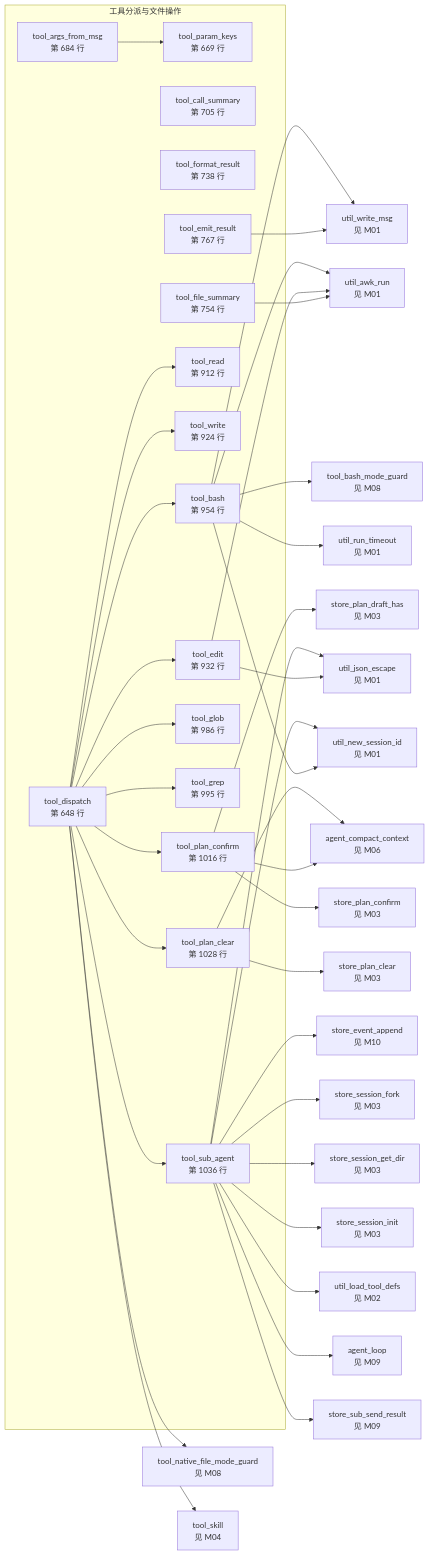
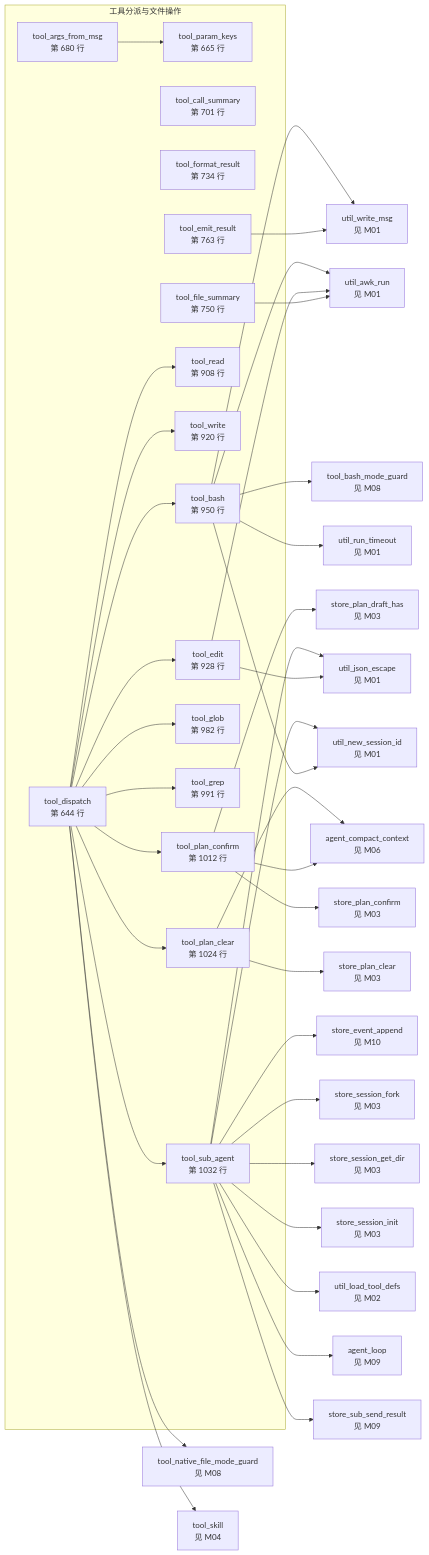
Before and after one commit to lloydzhou/bash-agent: the ninth of 15 diagrams in docs/bash-data-flow.md, drawn with Mermaid. The commit also changed other lines of this file and 3 other files, not shown here.

````diff
--- a/docs/bash-data-flow.md
+++ b/docs/bash-data-flow.md
@@ -338,75 +336,75 @@
 ```mermaid
 flowchart LR
   subgraph mod_7["工具分派与文件操作"]
-    f_tool_dispatch["tool_dispatch<br/>第 648 行"]
-    f_tool_param_keys["tool_param_keys<br/>第 669 行"]
-    f_tool_args_from_msg["tool_args_from_msg<br/>第 684 行"]
-    f_tool_call_summary["tool_call_summary<br/>第 705 行"]
-    f_tool_format_result["tool_format_result<br/>第 738 行"]
-    f_tool_file_summary["tool_file_summary<br/>第 754 行"]
-    f_tool_emit_result["tool_emit_result<br/>第 767 行"]
-    f_tool_read["tool_read<br/>第 912 行"]
-    f_tool_write["tool_write<br/>第 924 行"]
-    f_tool_edit["tool_edit<br/>第 932 行"]
-    f_tool_bash["tool_bash<br/>第 954 行"]
-    f_tool_glob["tool_glob<br/>第 986 行"]
-    f_tool_grep["tool_grep<br/>第 995 行"]
-    f_tool_plan_confirm["tool_plan_confirm<br/>第 1016 行"]
-    f_tool_plan_clear["tool_plan_clear<br/>第 1028 行"]
-    f_tool_sub_agent["tool_sub_agent<br/>第 1036 行"]
+    f_tool_dispatch["tool_dispatch<br/>第 644 行"]
+    f_tool_param_keys["tool_param_keys<br/>第 665 行"]
+    f_tool_args_from_msg["tool_args_from_msg<br/>第 680 行"]
+    f_tool_call_summary["tool_call_summary<br/>第 701 行"]
+    f_tool_format_result["tool_format_result<br/>第 734 行"]
+    f_tool_file_summary["tool_file_summary<br/>第 750 行"]
+    f_tool_emit_result["tool_emit_result<br/>第 763 行"]
+    f_tool_read["tool_read<br/>第 908 行"]
+    f_tool_write["tool_write<br/>第 920 行"]
+    f_tool_edit["tool_edit<br/>第 928 行"]
+    f_tool_bash["tool_bash<br/>第 950 行"]
+    f_tool_glob["tool_glob<br/>第 982 行"]
+    f_tool_grep["tool_grep<br/>第 991 行"]
+    f_tool_plan_confirm["tool_plan_confirm<br/>第 1012 行"]
+    f_tool_plan_clear["tool_plan_clear<br/>第 1024 行"]
+    f_tool_sub_agent["tool_sub_agent<br/>第 1032 行"]
   end
   f_agent_compact_context["agent_compact_context<br/>见 M06"]
   f_agent_loop["agent_loop<br/>见 M09"]
   f_store_event_append["store_event_append<br/>见 M10"]
   f_store_plan_clear["store_plan_clear<br/>见 M03"]
   f_store_plan_confirm["store_plan_confirm<br/>见 M03"]
   f_store_plan_draft_has["store_plan_draft_has<br/>见 M03"]
   f_store_session_fork["store_session_fork<br/>见 M03"]
   f_store_session_get_dir["store_session_get_dir<br/>见 M03"]
   f_store_session_init["store_session_init<br/>见 M03"]
   f_store_sub_send_result["store_sub_send_result<br/>见 M09"]
   f_tool_bash_mode_guard["tool_bash_mode_guard<br/>见 M08"]
   f_tool_native_file_mode_guard["tool_native_file_mode_guard<br/>见 M08"]
   f_tool_skill["tool_skill<br/>见 M04"]
   f_util_awk_run["util_awk_run<br/>见 M01"]
   f_util_json_escape["util_json_escape<br/>见 M01"]
   f_util_load_tool_defs["util_load_tool_defs<br/>见 M02"]
   f_util_new_session_id["util_new_session_id<br/>见 M01"]
   f_util_run_timeout["util_run_timeout<br/>见 M01"]
   f_util_write_msg["util_write_msg<br/>见 M01"]
   f_tool_dispatch --> f_tool_native_file_mode_guard
   f_tool_dispatch --> f_tool_read
   f_tool_dispatch --> f_tool_write
   f_tool_dispatch --> f_tool_edit
   f_tool_dispatch --> f_tool_bash
   f_tool_dispatch --> f_tool_glob
   f_tool_dispatch --> f_tool_grep
   f_tool_dispatch --> f_tool_plan_confirm
   f_tool_dispatch --> f_tool_plan_clear
   f_tool_dispatch --> f_tool_skill
   f_tool_dispatch --> f_tool_sub_agent
   f_tool_args_from_msg --> f_tool_param_keys
   f_tool_file_summary --> f_util_awk_run
   f_tool_emit_result --> f_util_write_msg
   f_tool_edit --> f_util_json_escape
   f_tool_edit --> f_util_awk_run
   f_tool_bash --> f_tool_bash_mode_guard
   f_tool_bash --> f_util_new_session_id
   f_tool_bash --> f_util_write_msg
   f_tool_bash --> f_util_run_timeout
   f_tool_bash --> f_util_awk_run
   f_tool_plan_confirm --> f_store_plan_draft_has
   f_tool_plan_confirm --> f_agent_compact_context
   f_tool_plan_confirm --> f_store_plan_confirm
   f_tool_plan_clear --> f_agent_compact_context
   f_tool_plan_clear --> f_store_plan_clear
   f_tool_sub_agent --> f_util_new_session_id
   f_tool_sub_agent --> f_store_event_append
   f_tool_sub_agent --> f_util_json_escape
   f_tool_sub_agent --> f_store_session_fork
   f_tool_sub_agent --> f_store_session_get_dir
   f_tool_sub_agent --> f_store_session_init
   f_tool_sub_agent --> f_util_load_tool_defs
   f_tool_sub_agent --> f_agent_loop
   f_tool_sub_agent --> f_store_sub_send_result
 ```
````
